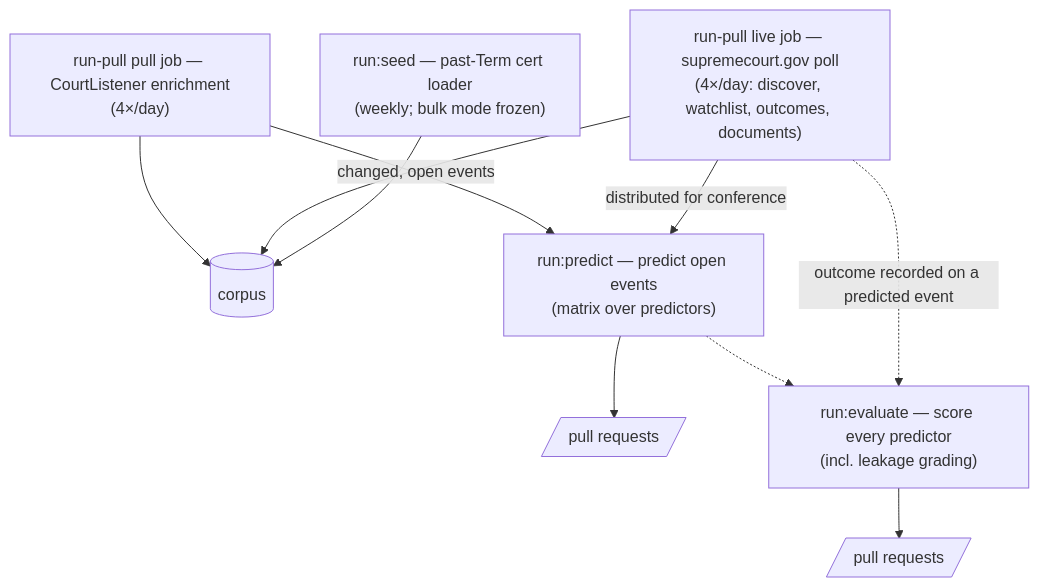
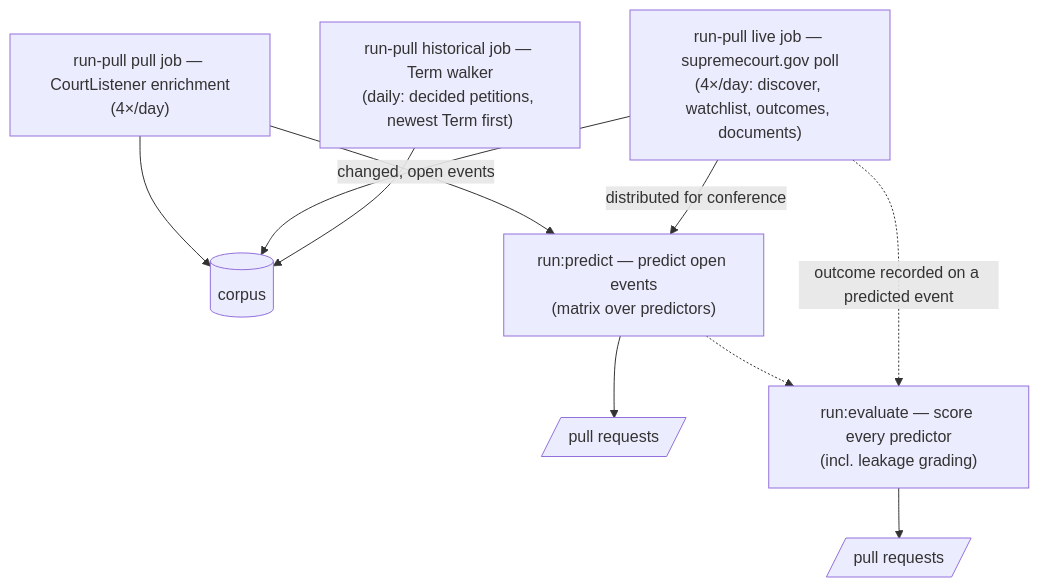
One commit to ModelMirrorAI/fedcourtsai changed the diagram in README.md. Above: the diagram before and after it, drawn with Mermaid. The commit also changed other lines of this file and 60 other files, not shown here.

First line of the commit message:
retire run-seed: historical Term walker moves under run-pull

````diff
--- a/README.md
+++ b/README.md
@@ -51,12 +50,12 @@
 ```mermaid
 flowchart TD
-    seed["run:seed — past-Term cert loader<br/>(weekly; bulk mode frozen)"] --> corpus[("corpus")]
+    historical["run-pull historical job — Term walker<br/>(daily: decided petitions, newest Term first)"] --> corpus[("corpus")]
     live["run-pull live job — supremecourt.gov poll<br/>(4×/day: discover, watchlist, outcomes, documents)"] --> corpus
     pull["run-pull pull job — CourtListener enrichment<br/>(4×/day)"] --> corpus
     live -->|"distributed for conference"| predict["run:predict — predict open events<br/>(matrix over predictors)"]
     pull -->|"changed, open events"| predict
     predict --> ppr[/"pull requests"/]
     live -.->|"outcome recorded on a predicted event"| evaluate["run:evaluate — score every predictor<br/>(incl. leakage grading)"]
     predict -.-> evaluate
     evaluate --> epr[/"pull requests"/]
 ```
````
